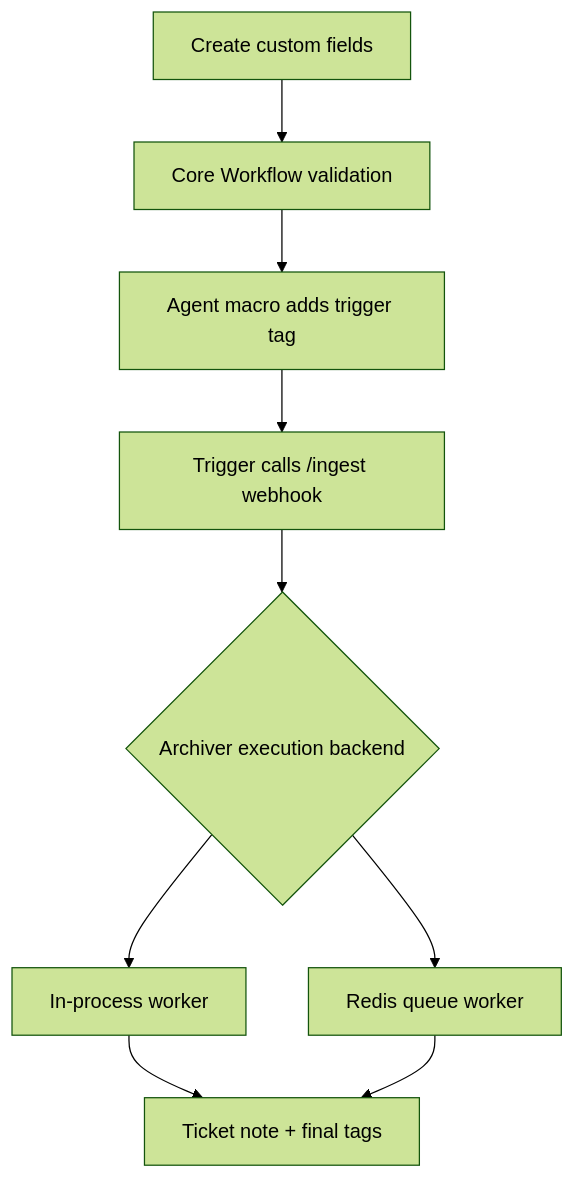
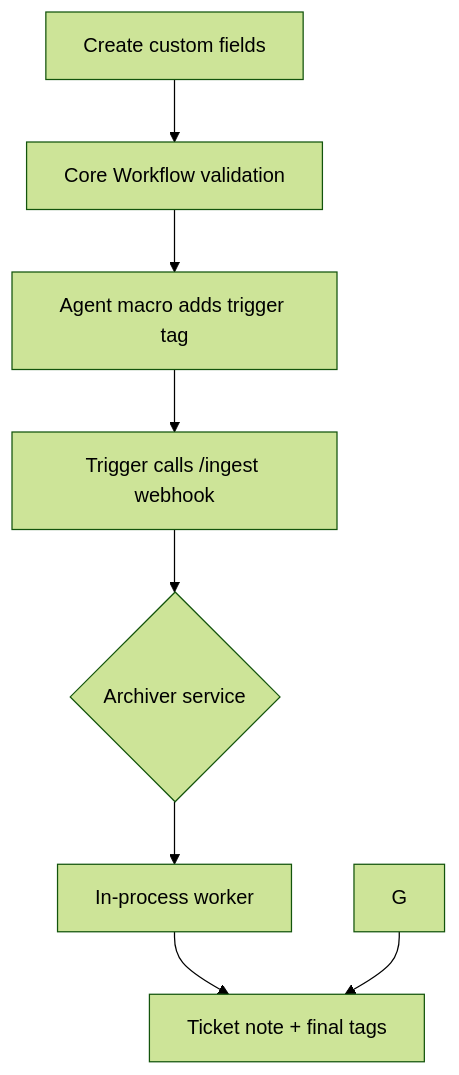
The diagram in docs/02-zammad-setup.md (sebastianspicker/chronikwerk), drawn with Mermaid (forest theme) before and after one commit. The commit also changed other lines of this file and 360 other files, not shown here.

````diff
--- a/docs/02-zammad-setup.md
+++ b/docs/02-zammad-setup.md
@@ -5,11 +5,10 @@
 ```mermaid
 flowchart TD
   A["Create custom fields"] --> B["Core Workflow validation"]
   B --> C["Agent macro adds trigger tag"]
   C --> D["Trigger calls /ingest webhook"]
-  D --> E{"Archiver execution backend"}
+  D --> E{"Archiver service"}
   E --> F["In-process worker"]
-  E --> G["Redis queue worker"]
   F --> H["Ticket note + final tags"]
   G --> H
 ```
````
